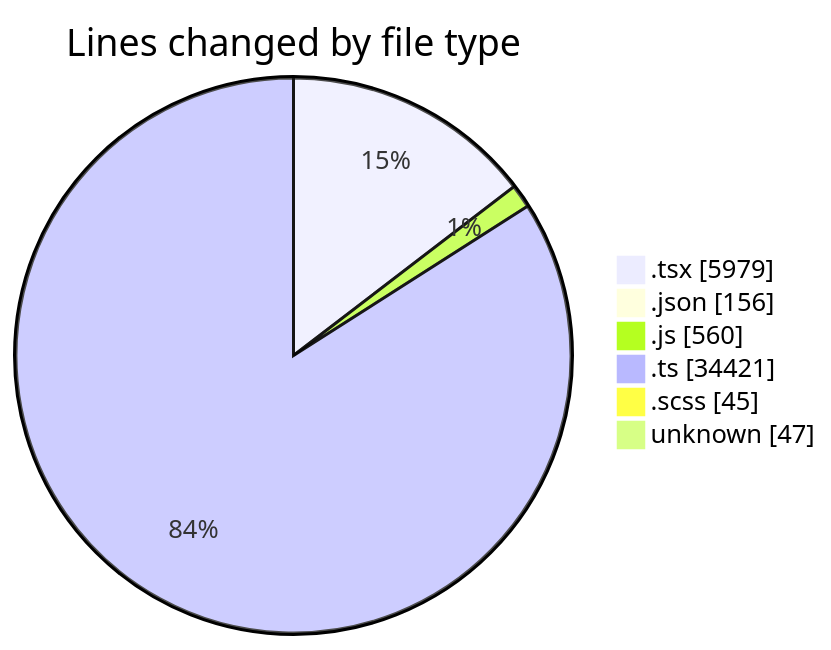
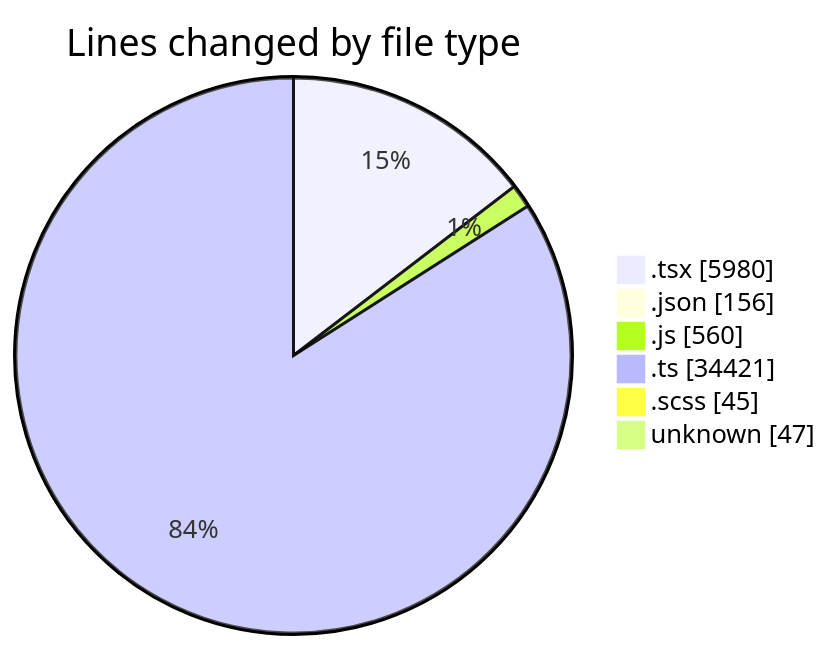
Before and after one commit to momahboobian/code-tracking: the first of 2 diagrams in 2025-11-10/cda/README.md, drawn with Mermaid. The commit also changed other lines of this file and 1 other file, not shown here.

````diff
--- a/2025-11-10/cda/README.md
+++ b/2025-11-10/cda/README.md
@@ -48,10 +48,10 @@
 ```mermaid
 pie showData
 title Lines changed by file type
-".tsx" : 5979
+".tsx" : 5980
 ".json" : 156
 ".js" : 560
 ".ts" : 34421
 ".scss" : 45
 "unknown" : 47
 ```
````
